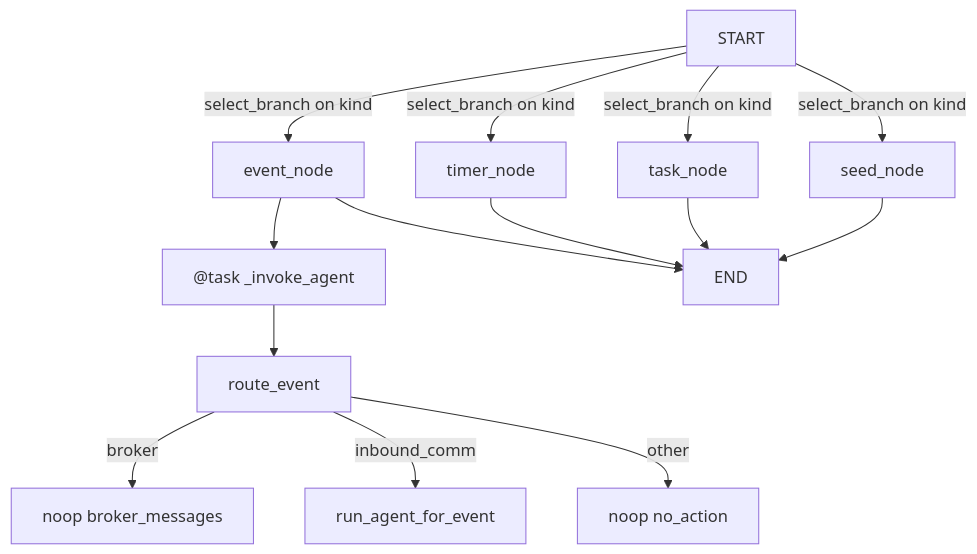
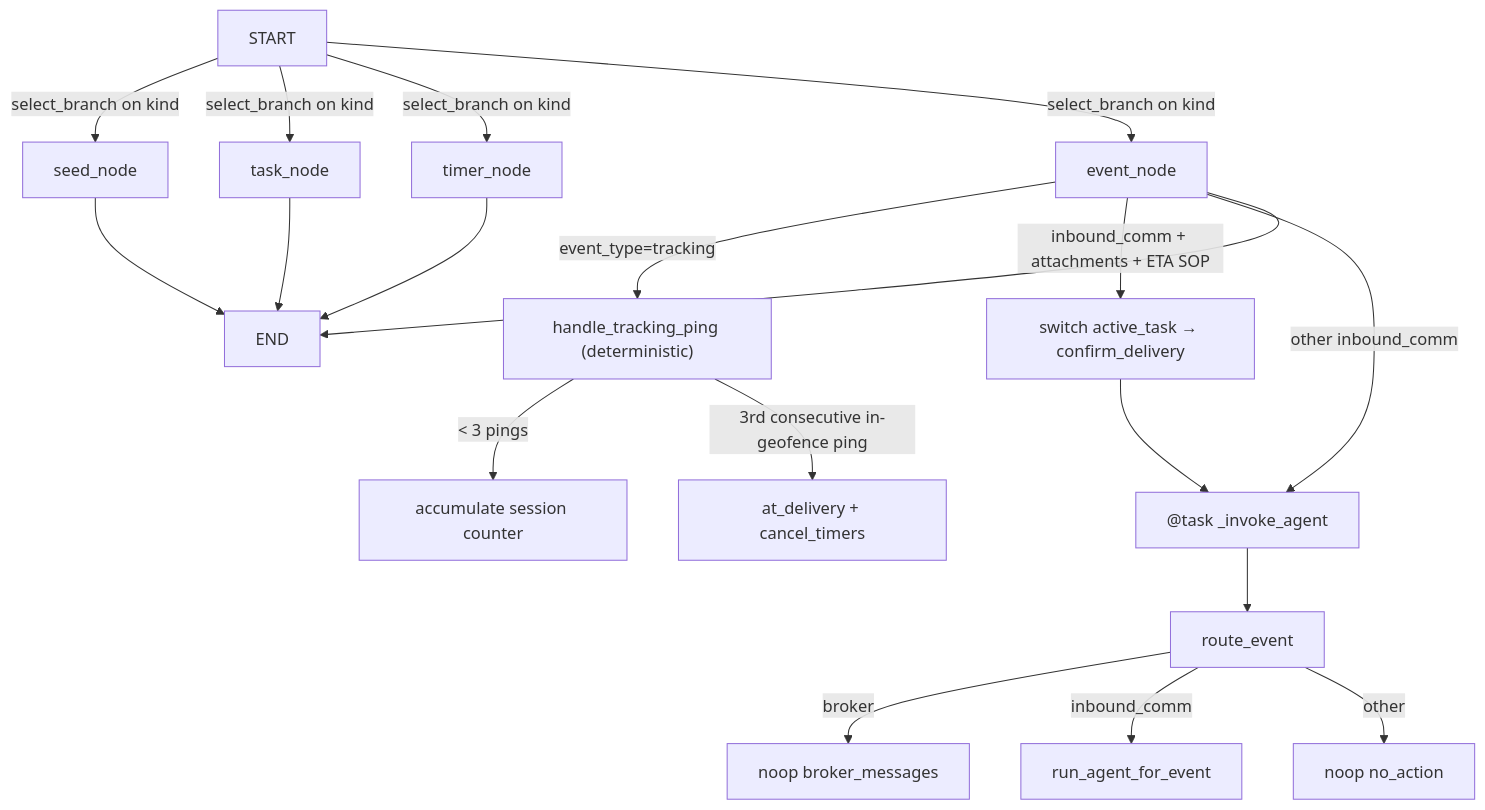
The second of 3 diagrams in app/worker/CLAUDE.md (agualbbus/fh-challenge), drawn with Mermaid before and after one commit. The commit also changed other lines of this file and 11 other files, not shown here.

First line of the commit message:
Implement deterministic tracking and SOP transition for delivery events

````diff
--- a/app/worker/CLAUDE.md
+++ b/app/worker/CLAUDE.md
@@ -74,16 +75,21 @@
 ```mermaid
 flowchart TD
     START -->|select_branch on kind| seed["seed_node"]
     START -->|select_branch on kind| taskN["task_node"]
     START -->|select_branch on kind| timer["timer_node"]
     START -->|select_branch on kind| event["event_node"]
-    event --> invoke["@task _invoke_agent"]
+    event -->|"event_type=tracking"| trackingHandler["handle_tracking_ping (deterministic)"]
+    trackingHandler -->|"< 3 pings"| trackingNoop["accumulate session counter"]
+    trackingHandler -->|"3rd consecutive in-geofence ping"| arrived["at_delivery + cancel_timers"]
+    event -->|"inbound_comm + attachments + ETA SOP"| sopSwitch["switch active_task → confirm_delivery"]
+    sopSwitch --> invoke["@task _invoke_agent"]
+    event -->|"other inbound_comm"| invoke
     invoke --> route["route_event"]
     route -->|"broker"| brokerNoop["noop broker_messages"]
     route -->|"inbound_comm"| agent["run_agent_for_event"]
     route -->|"other"| eventNoop["noop no_action"]
     seed --> END
     taskN --> END
     timer --> END
     event --> END
 ```
````
